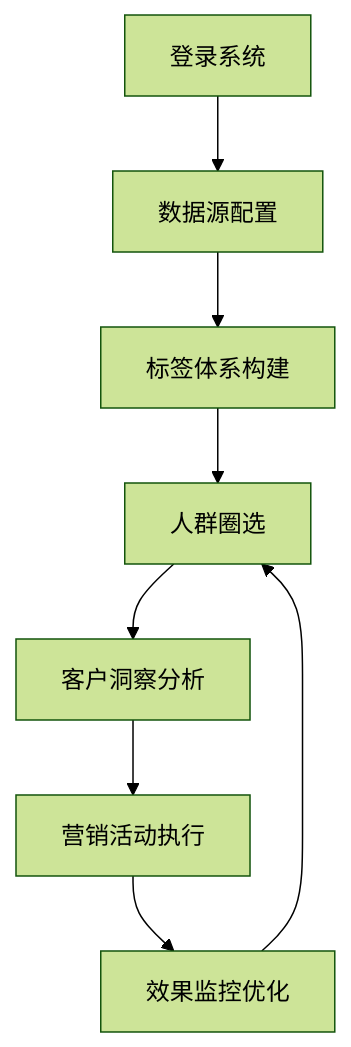
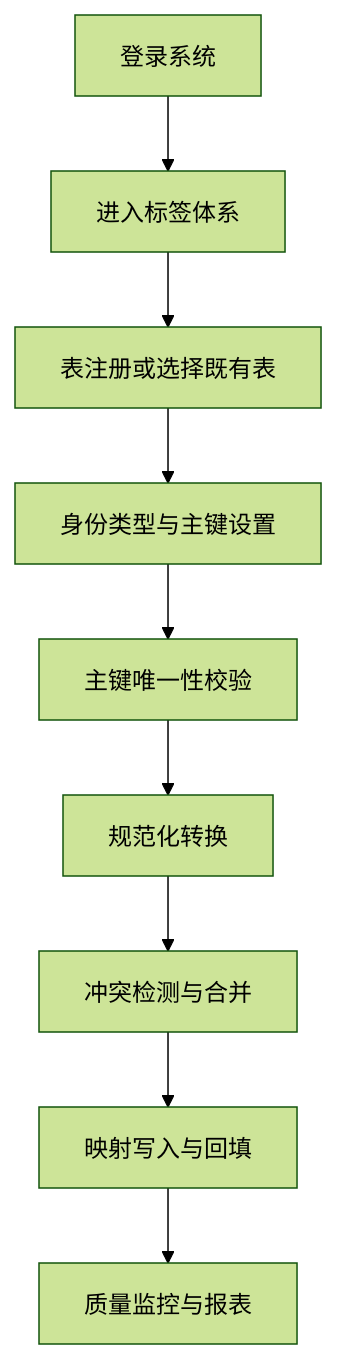
The first of 3 diagrams in .trae/documents/客群中心平台产品需求文档.md (wenbo0527/data_community), drawn with Mermaid (forest theme) before and after one commit. The commit also changed other lines of this file and 95 other files, not shown here.

````diff
--- a/.trae/documents/客群中心平台产品需求文档.md
+++ b/.trae/documents/客群中心平台产品需求文档.md
@@ -58,10 +160,11 @@
 ```mermaid
 graph TD
-    A[登录系统] --> B[数据源配置]
-    B --> C[标签体系构建]
-    C --> D[人群圈选]
-    D --> E[客户洞察分析]
-    E --> F[营销活动执行]
-    F --> G[效果监控优化]
-    G --> D
+    A[登录系统] --> B[进入标签体系]
+    B --> C[表注册或选择既有表]
+    C --> D[身份类型与主键设置]
+    D --> E[主键唯一性校验]
+    E --> F[规范化转换]
+    F --> G[冲突检测与合并]
+    G --> H[映射写入与回填]
+    H --> I[质量监控与报表]
 ```
````
